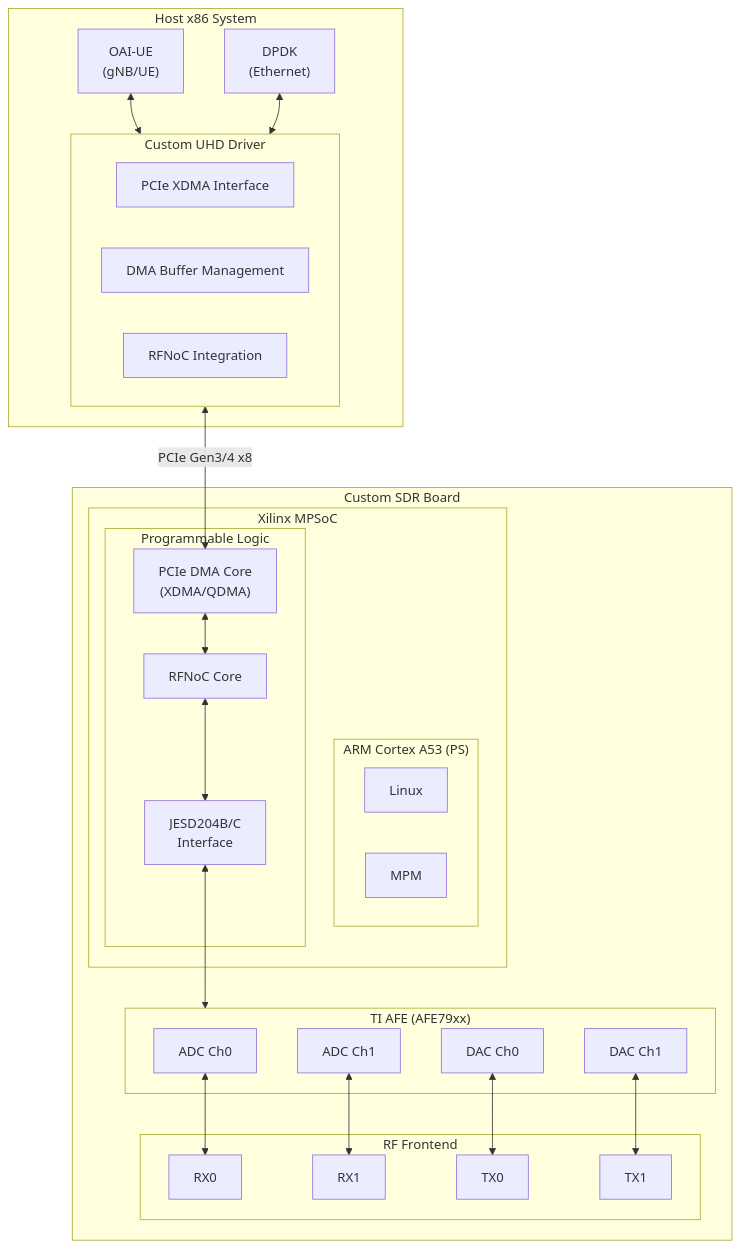
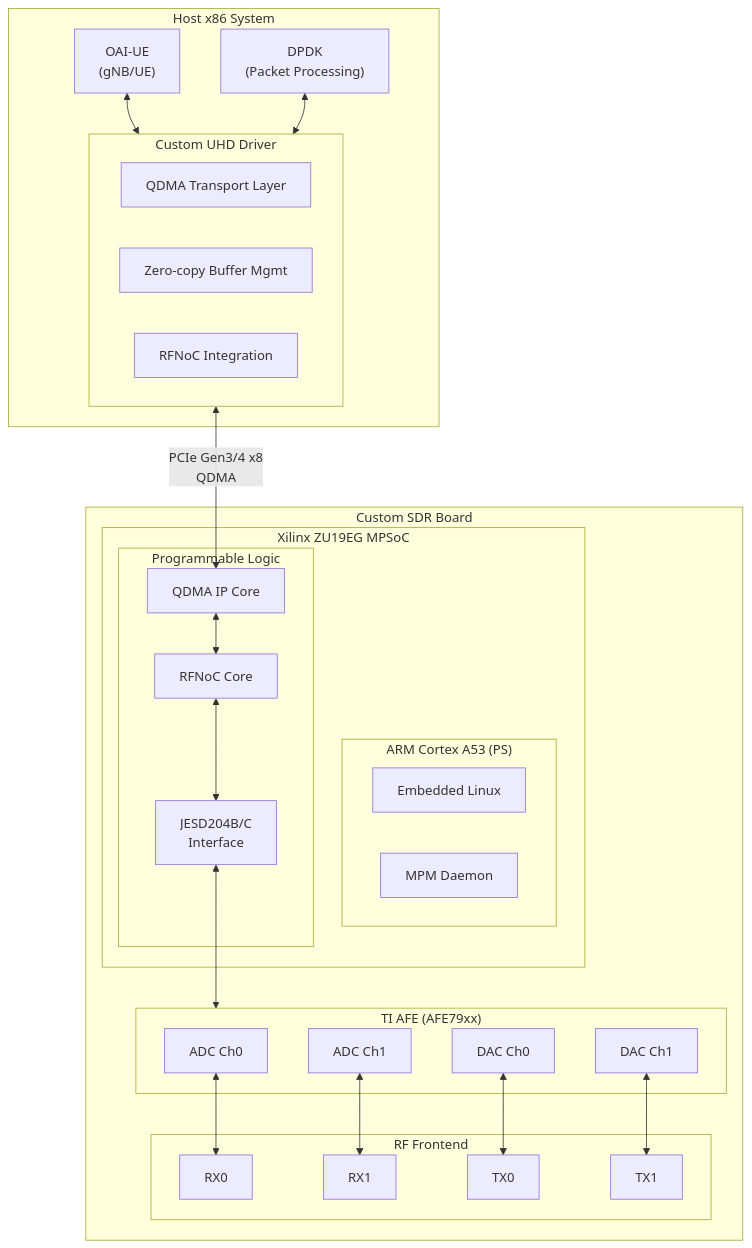
One commit to EttusResearch/uhd changed the first of 19 diagrams in docs/sdr_board_project_plan.md. Above: the diagram before and after it, drawn with Mermaid. The commit also changed other lines of this file, not shown here.

First line of the commit message:
docs: Update SDR board plan with QDMA, ZU19EG, and revised schedule

````diff
--- a/docs/sdr_board_project_plan.md
+++ b/docs/sdr_board_project_plan.md
@@ -23,51 +24,51 @@
 ```mermaid
 flowchart TB
     subgraph HOST["Host x86 System"]
         OAI["OAI-UE<br/>(gNB/UE)"]
-        DPDK["DPDK<br/>(Ethernet)"]
+        DPDK["DPDK<br/>(Packet Processing)"]
         subgraph UHD["Custom UHD Driver"]
-            XDMA_IF["PCIe XDMA Interface"]
-            DMA_BUF["DMA Buffer Management"]
+            QDMA_TRANS["QDMA Transport Layer"]
+            DMA_BUF["Zero-copy Buffer Mgmt"]
             RFNOC_INT["RFNoC Integration"]
         end
         OAI <--> UHD
         DPDK <--> UHD
     end
 
     subgraph SDR["Custom SDR Board"]
-        subgraph MPSOC["Xilinx MPSoC"]
+        subgraph MPSOC["Xilinx ZU19EG MPSoC"]
             subgraph PS["ARM Cortex A53 (PS)"]
-                LINUX["Linux"]
-                MPM["MPM"]
+                LINUX["Embedded Linux"]
+                MPM["MPM Daemon"]
             end
             subgraph PL["Programmable Logic"]
                 RFNOC["RFNoC Core"]
-                PCIE_DMA["PCIe DMA Core<br/>(XDMA/QDMA)"]
+                QDMA_IP["QDMA IP Core"]
                 JESD["JESD204B/C<br/>Interface"]
             end
         end
 
         subgraph AFE["TI AFE (AFE79xx)"]
             ADC0["ADC Ch0"]
             ADC1["ADC Ch1"]
             DAC0["DAC Ch0"]
             DAC1["DAC Ch1"]
         end
 
         subgraph RF["RF Frontend"]
             RX0["RX0"]
             RX1["RX1"]
             TX0["TX0"]
             TX1["TX1"]
         end
     end
 
-    UHD <-->|"PCIe Gen3/4 x8"| PCIE_DMA
-    PCIE_DMA <--> RFNOC
+    UHD <-->|"PCIe Gen3/4 x8<br/>QDMA"| QDMA_IP
+    QDMA_IP <--> RFNOC
     RFNOC <--> JESD
     JESD <--> AFE
     ADC0 <--> RX0
     ADC1 <--> RX1
     DAC0 <--> TX0
     DAC1 <--> TX1
 ```
````
